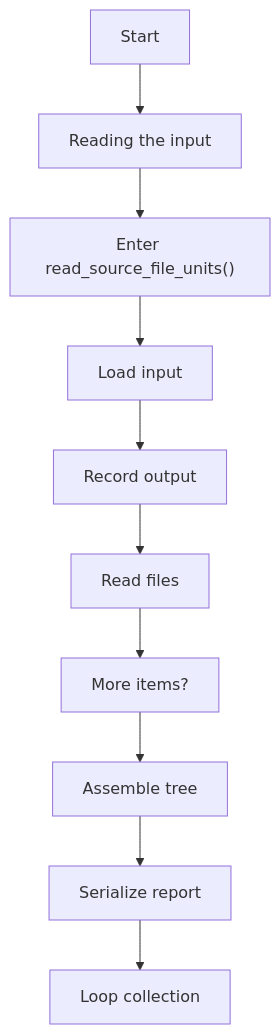
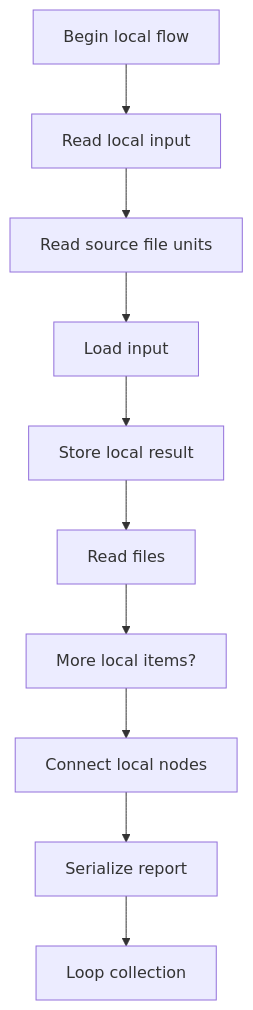
Before and after one commit to JohnAndrewBalbarosa/NeoTerritory: the first of 6 diagrams in docs/Codebase/Microservice/Modules/Source/Analysis/Input/source_reader.cpp.md, drawn with Mermaid. The commit also changed other lines of this file and 925 other files, not shown here.

````diff
--- a/docs/Codebase/Microservice/Modules/Source/Analysis/Input/source_reader.cpp.md
+++ b/docs/Codebase/Microservice/Modules/Source/Analysis/Input/source_reader.cpp.md
@@ -30,22 +29,22 @@
 ```mermaid
 flowchart TD
-    N0["Start"]
-    N1["Reading the input"]
-    N2["Enter read_source_file_units()"]
+    N0["Begin local flow"]
+    N1["Read local input"]
+    N2["Read source file units"]
     N3["Load input"]
-    N4["Record output"]
+    N4["Store local result"]
     N5["Read files"]
-    N6["More items?"]
-    N7["Assemble tree"]
+    N6["More local items?"]
+    N7["Connect local nodes"]
     N8["Serialize report"]
     N9["Loop collection"]
     N0 --> N1
     N1 --> N2
     N2 --> N3
     N3 --> N4
     N4 --> N5
     N5 --> N6
     N6 --> N7
     N7 --> N8
     N8 --> N9
 ```
````
